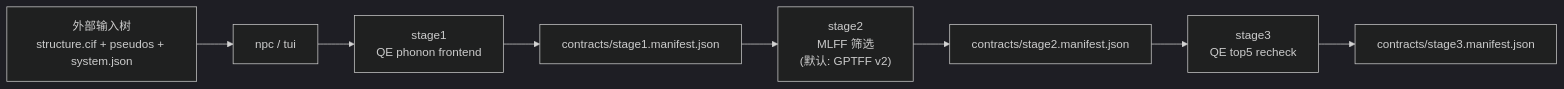
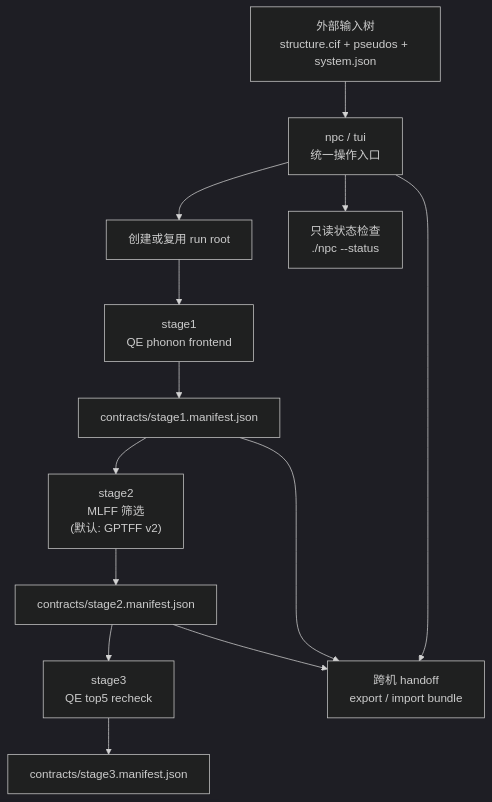
Before and after one commit to sakuralmt/Nonlinear-Phonon-Calculation: the diagram in README_zh.md, drawn with Mermaid (dark theme). The commit also changed 1 other file, not shown here.

Commit message:
docs: clarify npc workflow diagram

````diff
--- a/README_zh.md
+++ b/README_zh.md
@@ -438,10 +438,15 @@
 ```mermaid
-flowchart LR
-    A["外部输入树\nstructure.cif + pseudos + system.json"] --> B["npc / tui"]
-    B --> C["stage1\nQE phonon frontend"]
-    C --> D["contracts/stage1.manifest.json"]
-    D --> E["stage2\nMLFF 筛选\n(默认: GPTFF v2)"]
-    E --> F["contracts/stage2.manifest.json"]
-    F --> G["stage3\nQE top5 recheck"]
-    G --> H["contracts/stage3.manifest.json"]
+flowchart TB
+    A["外部输入树\nstructure.cif + pseudos + system.json"] --> B["npc / tui\n统一操作入口"]
+    B --> C["创建或复用 run root"]
+    C --> D["stage1\nQE phonon frontend"]
+    D --> E["contracts/stage1.manifest.json"]
+    E --> F["stage2\nMLFF 筛选\n(默认: GPTFF v2)"]
+    F --> G["contracts/stage2.manifest.json"]
+    G --> H["stage3\nQE top5 recheck"]
+    H --> I["contracts/stage3.manifest.json"]
+    B --> J["只读状态检查\n./npc --status"]
+    B --> K["跨机 handoff\nexport / import bundle"]
+    E --> K
+    G --> K
 ```
````
